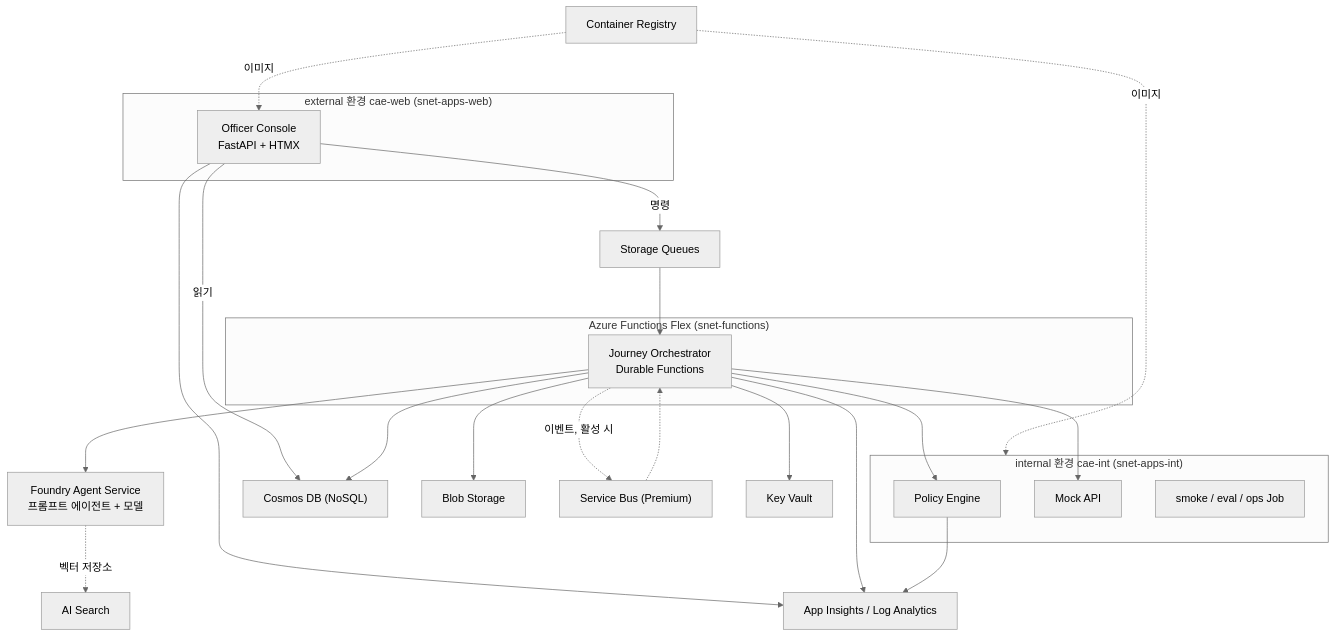
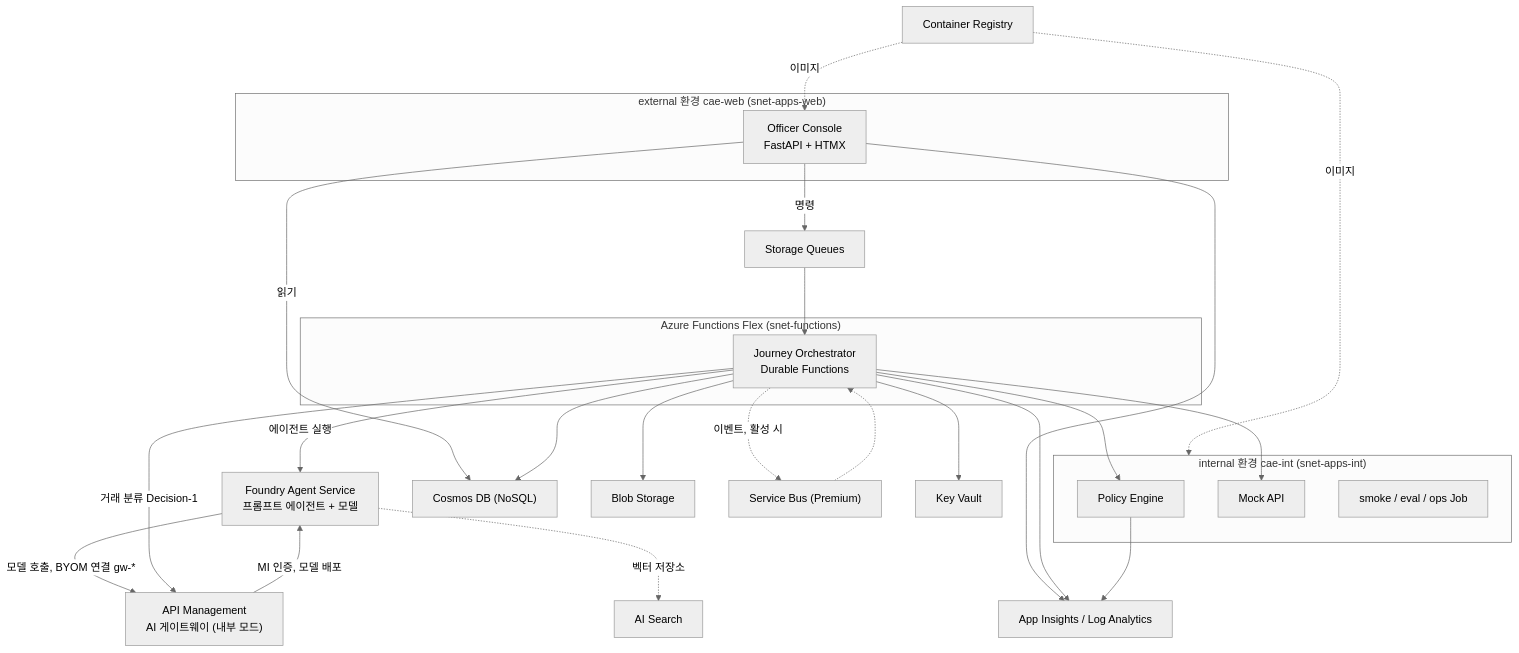
The second of 4 diagrams in docs/architecture.md (freeman9844/ms-ama-04), drawn with Mermaid (neutral theme) before and after one commit. The commit also changed other lines of this file and 9 other files, not shown here.

First line of the commit message:
docs: AI gateway (APIM) architecture, ADR-010 and runbook

````diff
--- a/docs/architecture.md
+++ b/docs/architecture.md
@@ -39,41 +39,45 @@
 ```mermaid
 flowchart TB
   subgraph web["external 환경 cae-web (snet-apps-web)"]
     console["Officer Console<br/>FastAPI + HTMX"]
   end
   subgraph fn["Azure Functions Flex (snet-functions)"]
     orch["Journey Orchestrator<br/>Durable Functions"]
   end
   subgraph int["internal 환경 cae-int (snet-apps-int)"]
     policy["Policy Engine"]
     mock["Mock API"]
     smoke["smoke / eval / ops Job"]
   end
   foundry["Foundry Agent Service<br/>프롬프트 에이전트 + 모델"]
+  apim["API Management<br/>AI 게이트웨이 (내부 모드)"]
   search["AI Search"]
   acr["Container Registry"]
   cosmos["Cosmos DB (NoSQL)"]
   blob["Blob Storage"]
   queues["Storage Queues"]
   sb["Service Bus (Premium)"]
   kv["Key Vault"]
   obs["App Insights / Log Analytics"]
 
   console -->|읽기| cosmos
   console -->|명령| queues
   queues --> orch
-  orch --> foundry
+  orch -->|에이전트 실행| foundry
+  foundry -->|모델 호출, BYOM 연결 gw-*| apim
+  orch -->|거래 분류 Decision-1| apim
+  apim -->|MI 인증, 모델 배포| foundry
   foundry -.->|벡터 저장소| search
   orch --> policy
   orch --> mock
   orch --> cosmos
   orch --> blob
   orch -.->|이벤트, 활성 시| sb
   sb -.-> orch
   orch --> kv
   acr -.->|이미지| console
   acr -.->|이미지| int
   console --> obs
   orch --> obs
   policy --> obs
 ```
````
